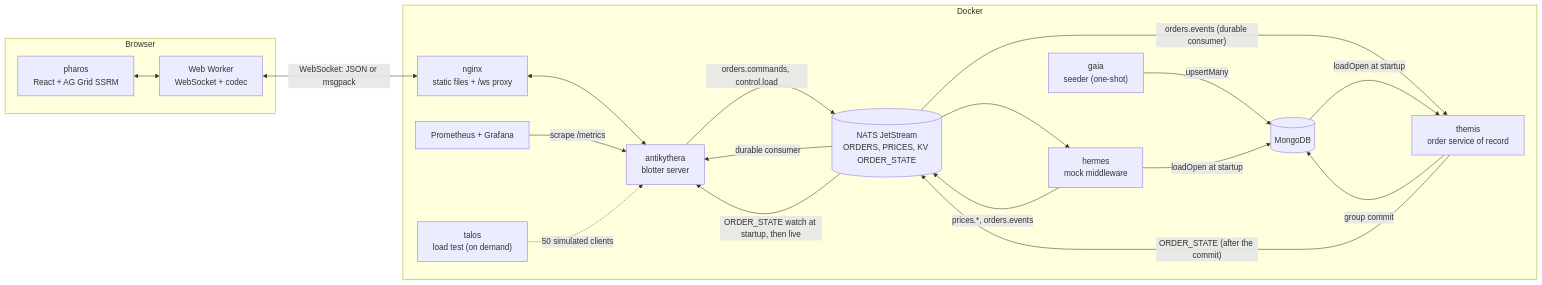
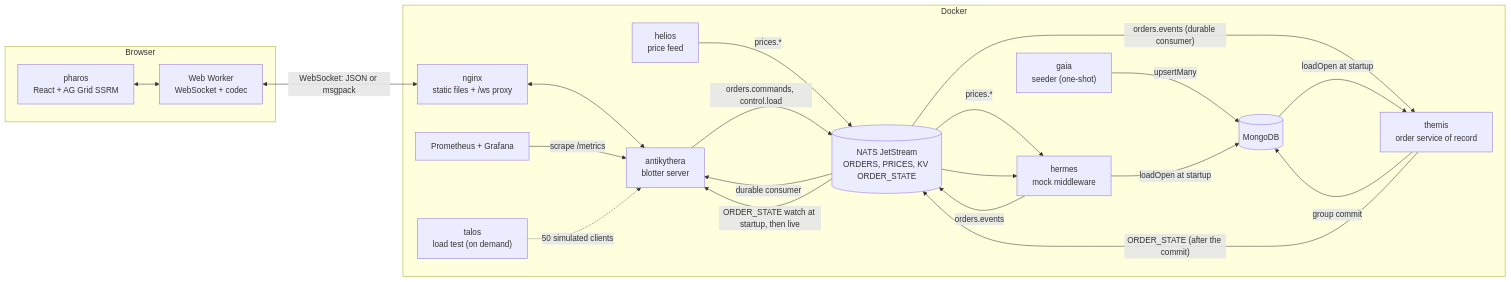
One commit to iAppGeek/apeiron changed the first of 3 diagrams in docs/architecture.md. Above: the diagram before and after it, drawn with Mermaid. The commit also changed other lines of this file and 68 other files, not shown here.

````diff
--- a/docs/architecture.md
+++ b/docs/architecture.md
@@ -16,34 +16,37 @@
 ```mermaid
 flowchart LR
   subgraph Browser
     UI["pharos<br/>React + AG Grid SSRM"]
     W["Web Worker<br/>WebSocket + codec"]
     UI <--> W
   end
   subgraph Docker
     NG["nginx<br/>static files + /ws proxy"]
     AN["antikythera<br/>blotter server"]
     TH["themis<br/>order service of record"]
+    HL["helios<br/>price feed"]
     HE["hermes<br/>mock middleware"]
     NA[("NATS JetStream<br/>ORDERS, PRICES, KV ORDER_STATE")]
     MO[("MongoDB")]
     GA["gaia<br/>seeder (one-shot)"]
     PR["Prometheus + Grafana"]
     TA["talos<br/>load test (on demand)"]
   end
   W <-->|"WebSocket: JSON or msgpack"| NG
   NG <--> AN
-  HE -->|"prices.*, orders.events"| NA
+  HL -->|"prices.*"| NA
+  HE -->|"orders.events"| NA
+  NA -->|"prices.*"| HE
   NA -->|"durable consumer"| AN
   AN -->|"orders.commands, control.load"| NA
   NA --> HE
   NA -->|"orders.events (durable consumer)"| TH
   TH -->|"group commit"| MO
   TH -->|"ORDER_STATE (after the commit)"| NA
   NA -->|"ORDER_STATE watch at startup, then live"| AN
   GA -->|"upsertMany"| MO
   MO -->|"loadOpen at startup"| TH
   HE -->|"loadOpen at startup"| MO
   PR -->|"scrape /metrics"| AN
   TA -.->|"50 simulated clients"| AN
 ```
````
